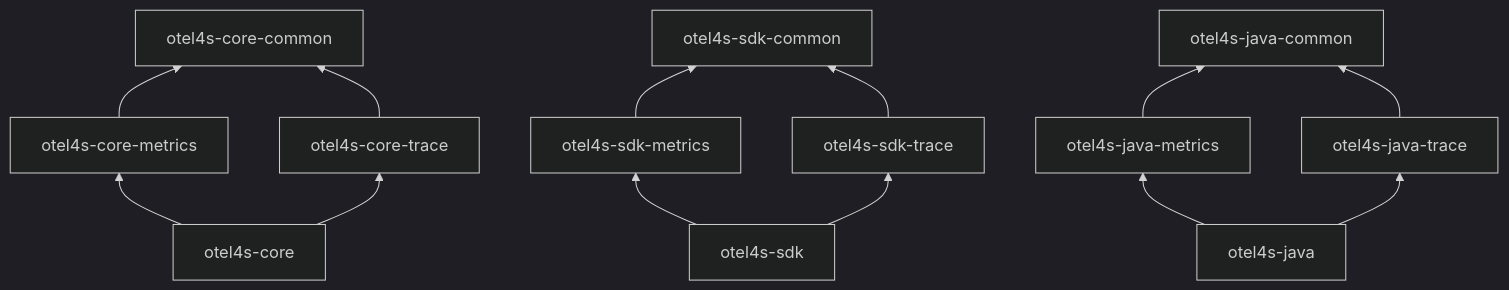
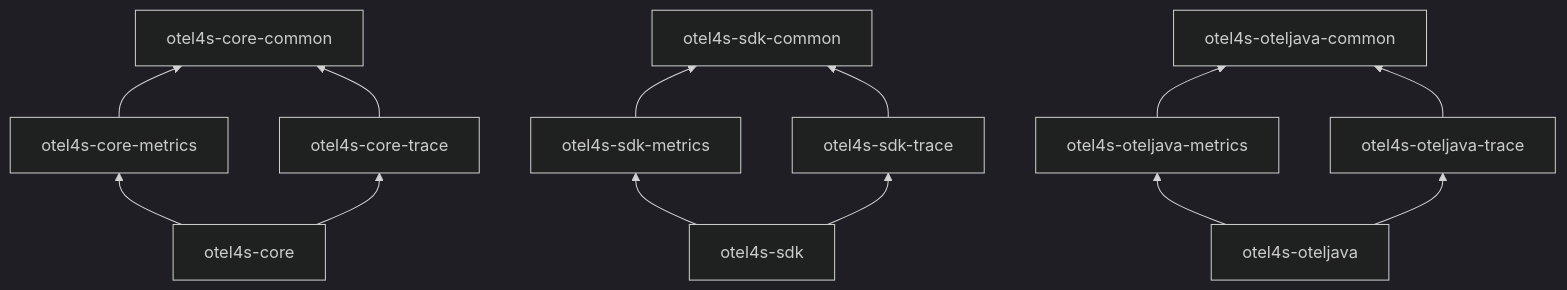
One commit to typelevel/otel4s-sdk changed the second of 2 diagrams in docs/modules-structure.md. Above: the diagram before and after it, drawn with Mermaid (dark theme). The commit also changed other lines of this file and 1 other file, not shown here.

Commit message:
Documentation: replace `otel4s-java` -> `otel4s-oteljava`

````diff
--- a/docs/modules-structure.md
+++ b/docs/modules-structure.md
@@ -41,17 +41,17 @@
 ```mermaid
 graph BT
   otel4s-core --> otel4s-core-metrics
   otel4s-core --> otel4s-core-trace
   otel4s-core-metrics --> otel4s-core-common
   otel4s-core-trace --> otel4s-core-common
 
   otel4s-sdk --> otel4s-sdk-metrics
   otel4s-sdk --> otel4s-sdk-trace
   otel4s-sdk-metrics --> otel4s-sdk-common
   otel4s-sdk-trace --> otel4s-sdk-common
 
-  otel4s-java --> otel4s-java-metrics
-  otel4s-java --> otel4s-java-trace
-  otel4s-java-metrics --> otel4s-java-common
-  otel4s-java-trace --> otel4s-java-common
+  otel4s-oteljava --> otel4s-oteljava-metrics
+  otel4s-oteljava --> otel4s-oteljava-trace
+  otel4s-oteljava-metrics --> otel4s-oteljava-common
+  otel4s-oteljava-trace --> otel4s-oteljava-common
 ```
````
